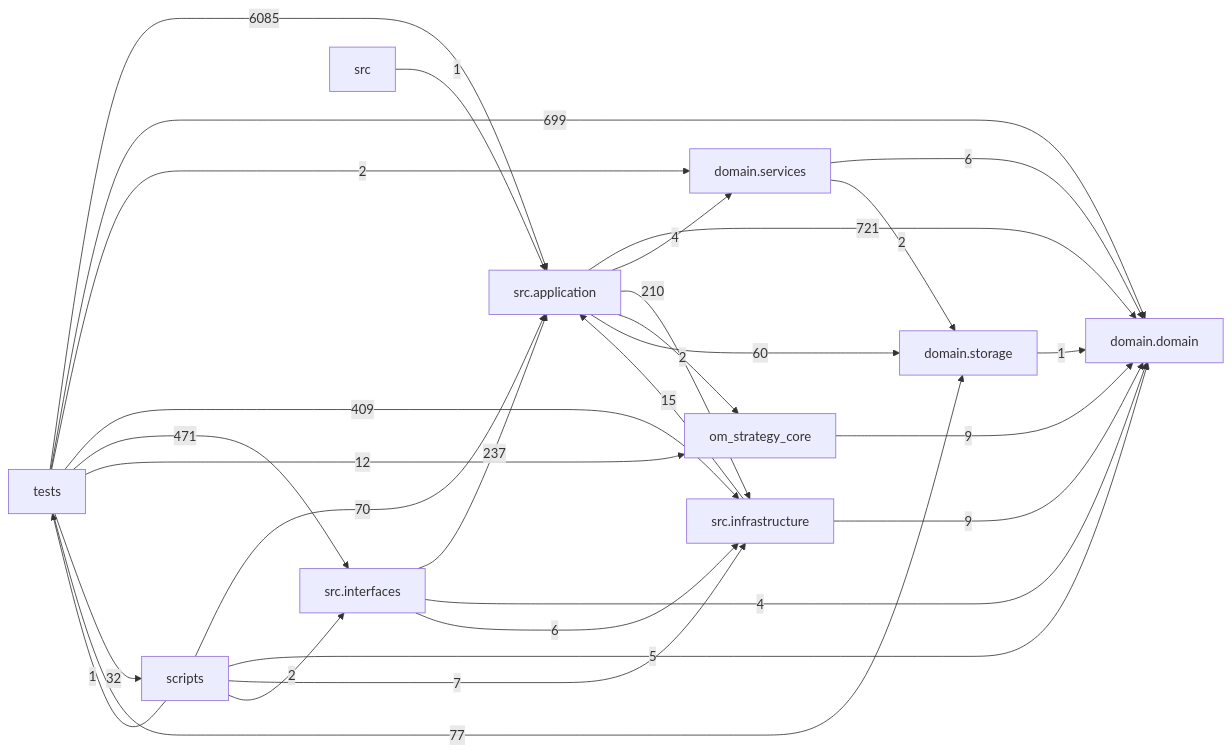
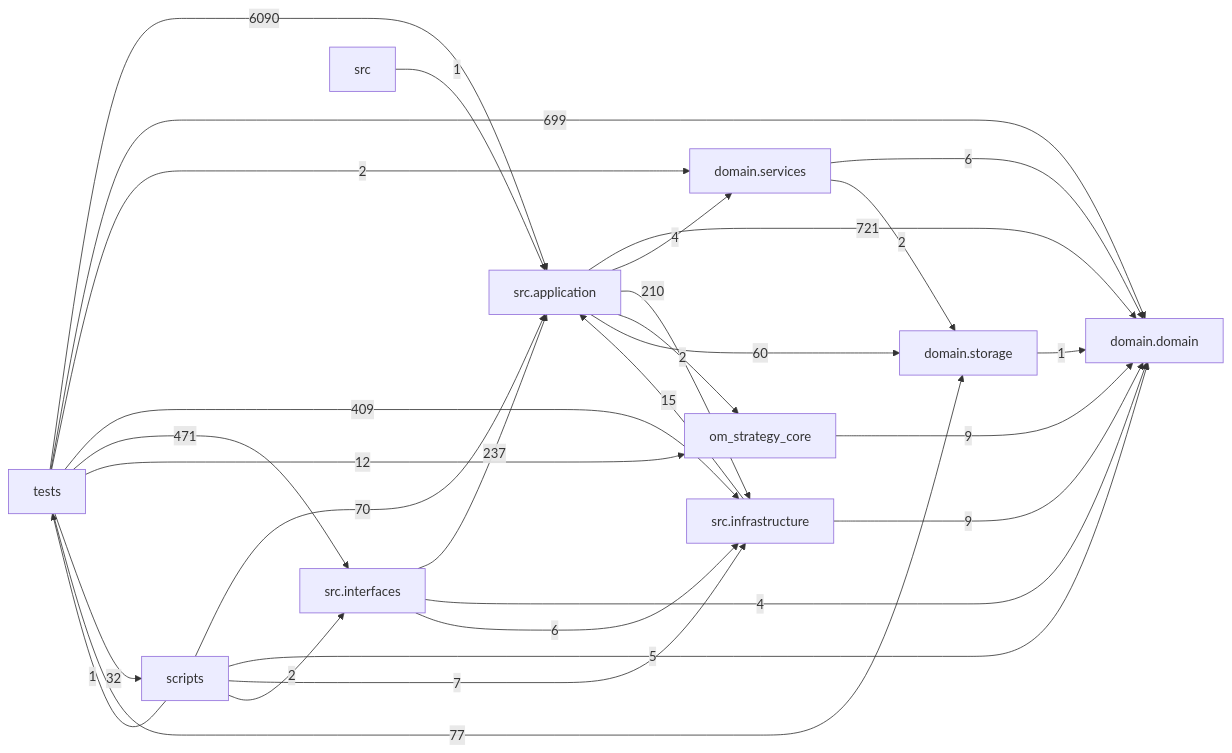
One commit to liuxie066/options-monitor changed the diagram in docs/DEPENDENCY_GRAPH.md. Above: the diagram before and after it, drawn with Mermaid. The commit also changed other lines of this file and 22 other files, not shown here.

````diff
--- a/docs/DEPENDENCY_GRAPH.md
+++ b/docs/DEPENDENCY_GRAPH.md
@@ -24,39 +24,39 @@
 ```mermaid
 flowchart LR
   tests["tests"]
   scripts["scripts"]
   interfaces["src.interfaces"]
   application["src.application"]
   infrastructure["src.infrastructure"]
   domain_services["domain.services"]
   domain["domain.domain"]
   storage["domain.storage"]
   application -->|721| domain
   application -->|4| domain_services
   application -->|210| infrastructure
   application -->|2| om_strategy_core
   application -->|60| storage
   domain_services -->|6| domain
   domain_services -->|2| storage
   infrastructure -->|15| application
   infrastructure -->|9| domain
   interfaces -->|237| application
   interfaces -->|4| domain
   interfaces -->|6| infrastructure
   om_strategy_core -->|9| domain
   scripts -->|70| application
   scripts -->|5| domain
   scripts -->|7| infrastructure
   scripts -->|2| interfaces
   scripts -->|1| tests
   src -->|1| application
   storage -->|1| domain
-  tests -->|6085| application
+  tests -->|6090| application
   tests -->|699| domain
   tests -->|2| domain_services
   tests -->|409| infrastructure
   tests -->|471| interfaces
   tests -->|12| om_strategy_core
   tests -->|32| scripts
   tests -->|77| storage
 ```
````
